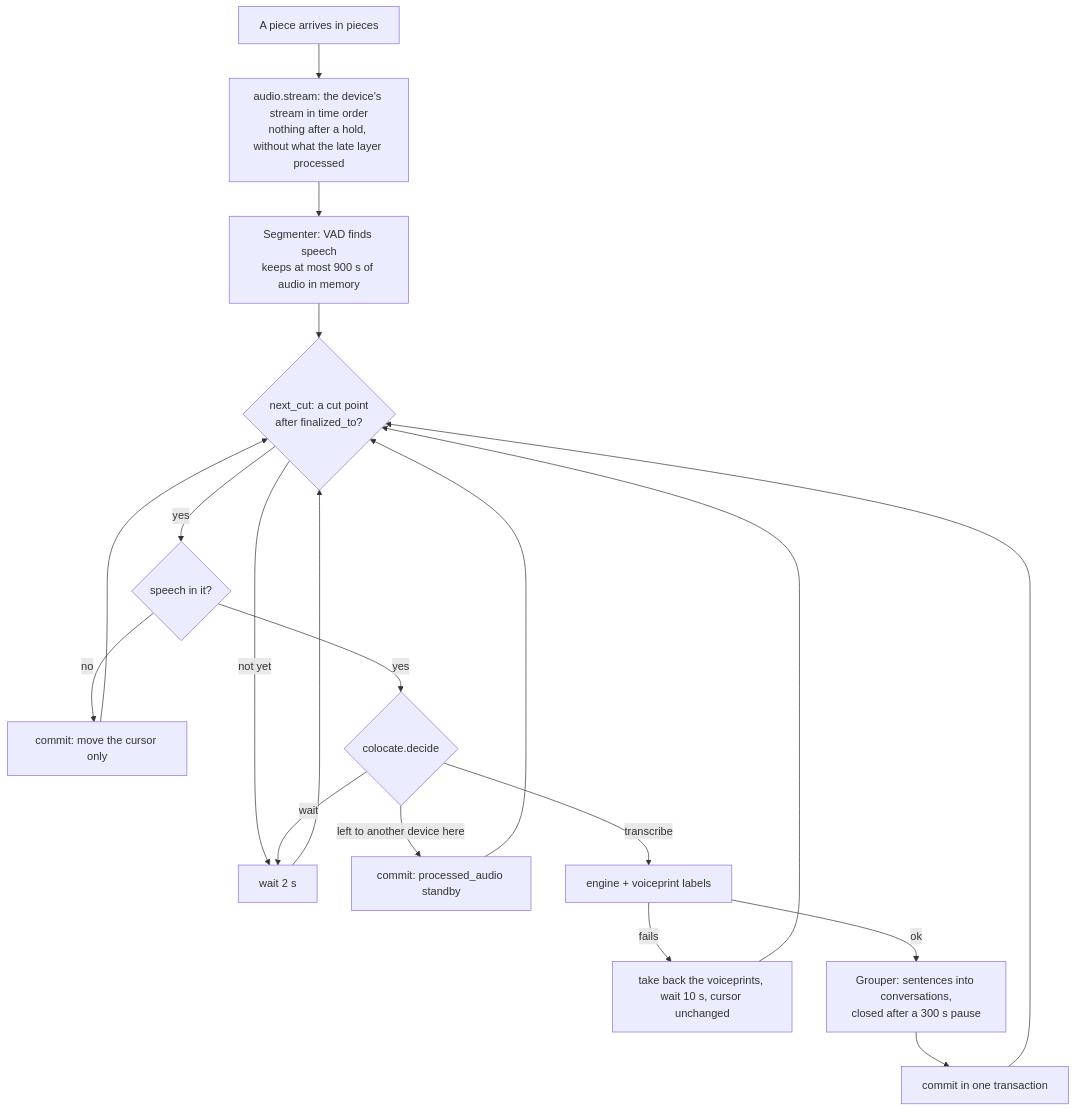
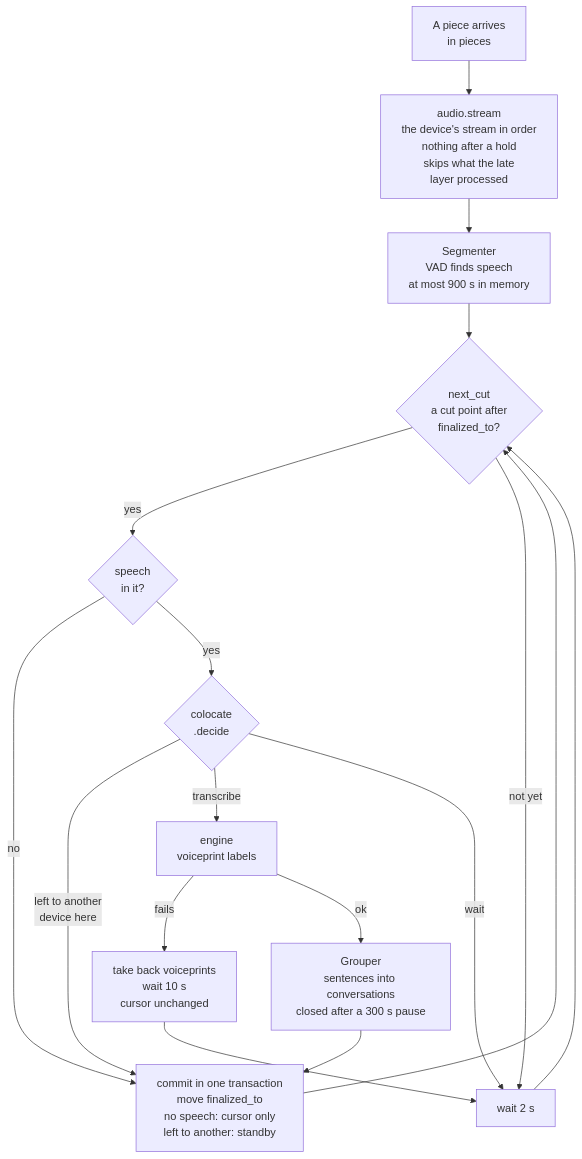
The fourth of 5 diagrams in docs/en/explanation/domain-model.md (suyiiyii/alldayrec), drawn with Mermaid before and after one commit. The commit also changed other lines of this file and 5 other files, not shown here.

Commit message:
[doc] Render mermaid diagrams on the docs site

````diff
--- a/docs/en/explanation/domain-model.md
+++ b/docs/en/explanation/domain-model.md
@@ -261,19 +290,17 @@
 ```mermaid
 flowchart TD
-    A["A piece arrives in pieces"] --> B["audio.stream: the device's stream in time order<br/>nothing after a hold, without what the late layer processed"]
-    B --> C["Segmenter: VAD finds speech<br/>keeps at most 900 s of audio in memory"]
-    C --> D{"next_cut: a cut point<br/>after finalized_to?"}
+    A["A piece arrives<br/>in pieces"] --> B["audio.stream<br/>the device's stream in order<br/>nothing after a hold<br/>skips what the late<br/>layer processed"]
+    B --> C["Segmenter<br/>VAD finds speech<br/>at most 900 s in memory"]
+    C --> D{"next_cut<br/>a cut point after<br/>finalized_to?"}
+    D -- "yes" --> E{"speech<br/>in it?"}
+    E -- "no" --> T
     D -- "not yet" --> W["wait 2 s"] --> D
-    D -- "yes" --> E{"speech in it?"}
-    E -- "no" --> P["commit: move the cursor only"]
-    E -- "yes" --> F{"colocate.decide"}
+    E -- "yes" --> F{"colocate<br/>.decide"}
+    F -- "left to another<br/>device here" --> T
+    F -- "transcribe" --> G["engine<br/>voiceprint labels"]
     F -- "wait" --> W
-    F -- "left to another device here" --> S["commit: processed_audio standby"]
-    F -- "transcribe" --> G["engine + voiceprint labels"]
-    G -- "fails" --> R["take back the voiceprints, wait 10 s, cursor unchanged"] --> D
-    G -- "ok" --> H["Grouper: sentences into conversations,<br/>closed after a 300 s pause"]
-    H --> T["commit in one transaction"]
-    P --> D
-    S --> D
+    G -- "fails" --> R["take back voiceprints<br/>wait 10 s<br/>cursor unchanged"] --> W
+    G -- "ok" --> H["Grouper<br/>sentences into conversations<br/>closed after a 300 s pause"]
+    H --> T["commit in one transaction<br/>move finalized_to<br/>no speech: cursor only<br/>left to another: standby"]
     T --> D
 ```
````
